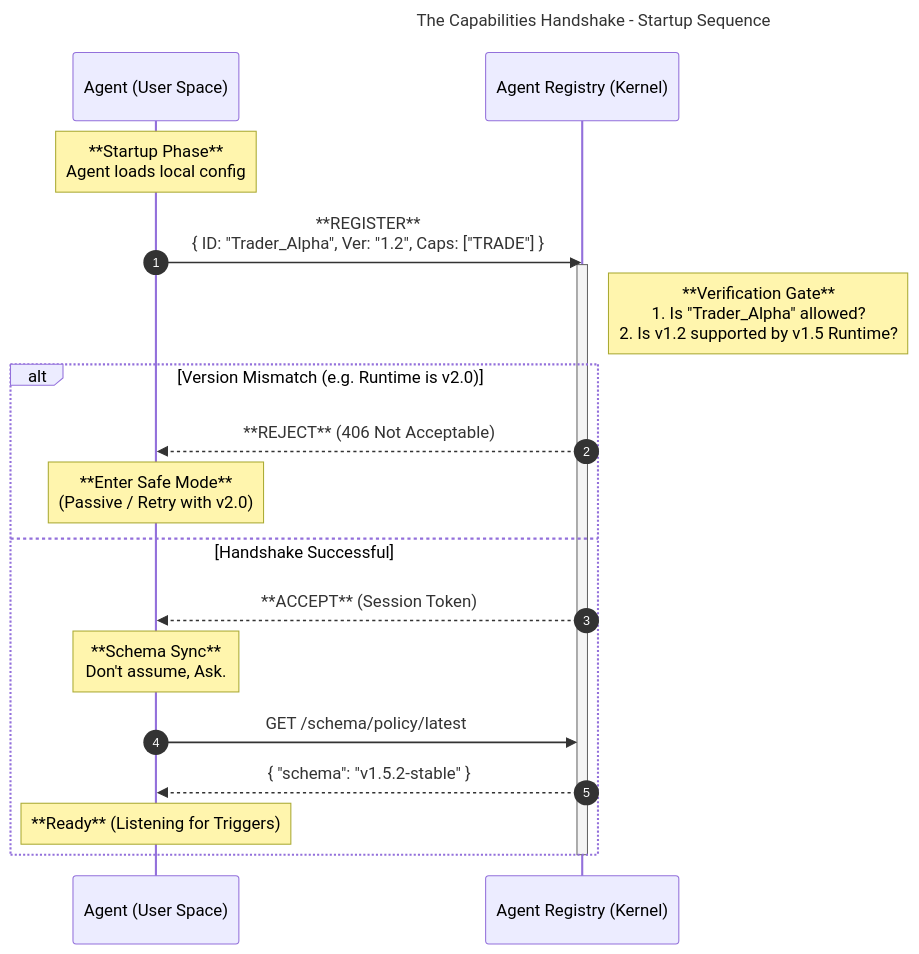
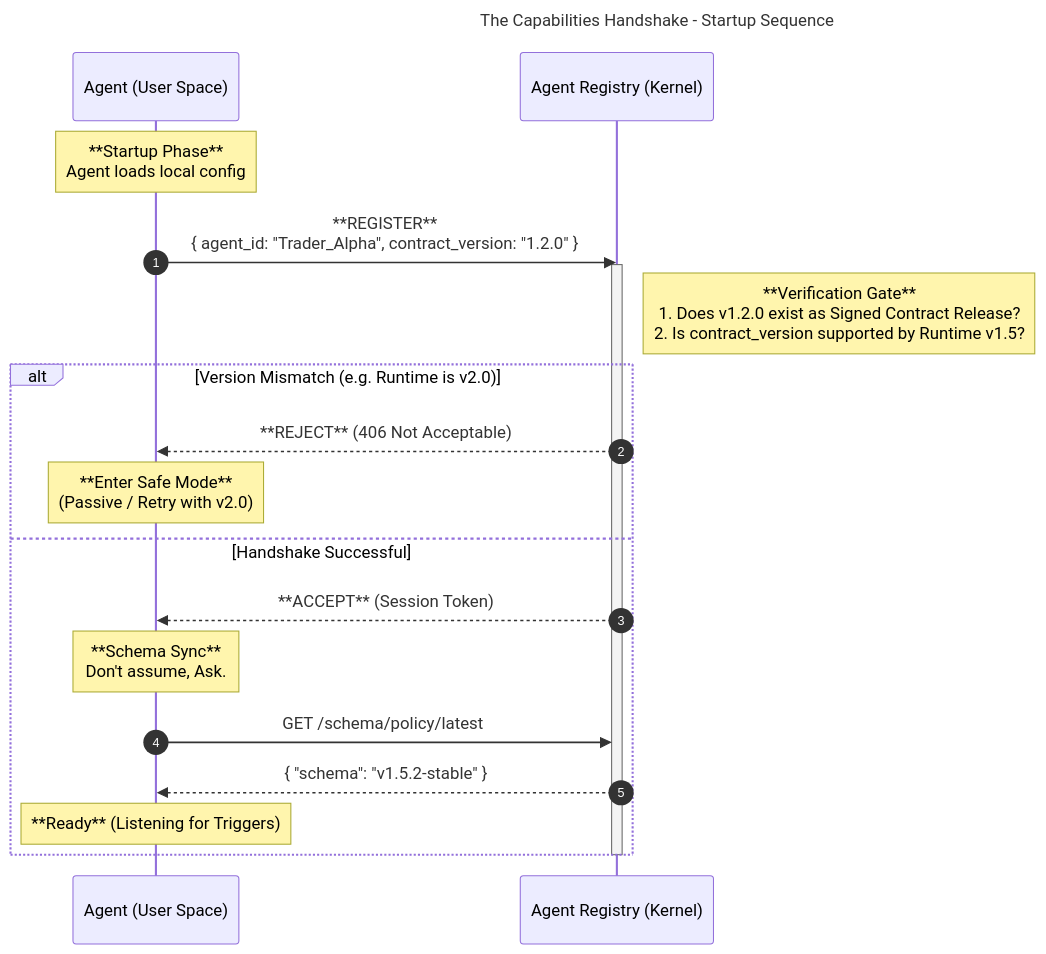
The second of 9 diagrams in docs/02-decision-runtime/DIR_Architectural_Pattern.md (huka81/decision-intelligence-runtime), drawn with Mermaid before and after one commit. The commit also changed other lines of this file and 5 other files, not shown here.

````diff
--- a/docs/02-decision-runtime/DIR_Architectural_Pattern.md
+++ b/docs/02-decision-runtime/DIR_Architectural_Pattern.md
@@ -186,33 +186,33 @@
 ```mermaid
 ---
 title: The Capabilities Handshake - Startup Sequence
 config:
   look: classic
 ---
 sequenceDiagram
     autonumber
     participant Agent as Agent (User Space)
     participant Registry as Agent Registry (Kernel)
 
     Note over Agent: **Startup Phase**<br/>Agent loads local config
 
-    Agent->>Registry: **REGISTER**<br/>{ ID: "Trader_Alpha", Ver: "1.2", Caps: ["TRADE"] }
+    Agent->>Registry: **REGISTER**<br/>{ agent_id: "Trader_Alpha", contract_version: "1.2.0" }
     
     activate Registry
-    Note right of Registry: **Verification Gate**<br/>1. Is "Trader_Alpha" allowed?<br/>2. Is v1.2 supported by v1.5 Runtime?
+    Note right of Registry: **Verification Gate**<br/>1. Does v1.2.0 exist as Signed Contract Release?<br/>2. Is contract_version supported by Runtime v1.5?
 
     alt Version Mismatch (e.g. Runtime is v2.0)
         Registry-->>Agent: **REJECT** (406 Not Acceptable)
         Note over Agent: **Enter Safe Mode**<br/>(Passive / Retry with v2.0)
     else Handshake Successful
         Registry-->>Agent: **ACCEPT** (Session Token)
         
         Note over Agent: **Schema Sync**<br/>Don't assume, Ask.
         
         Agent->>Registry: GET /schema/policy/latest
         Registry-->>Agent: { "schema": "v1.5.2-stable" }
         
         Note over Agent: **Ready** (Listening for Triggers)
     end
     deactivate Registry
 ```
````
